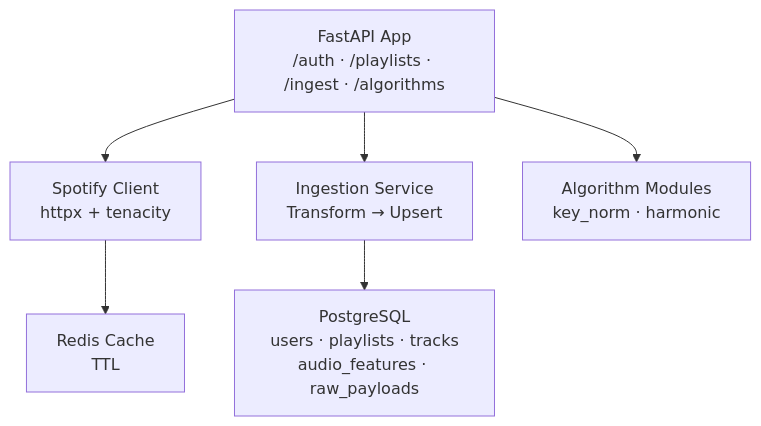
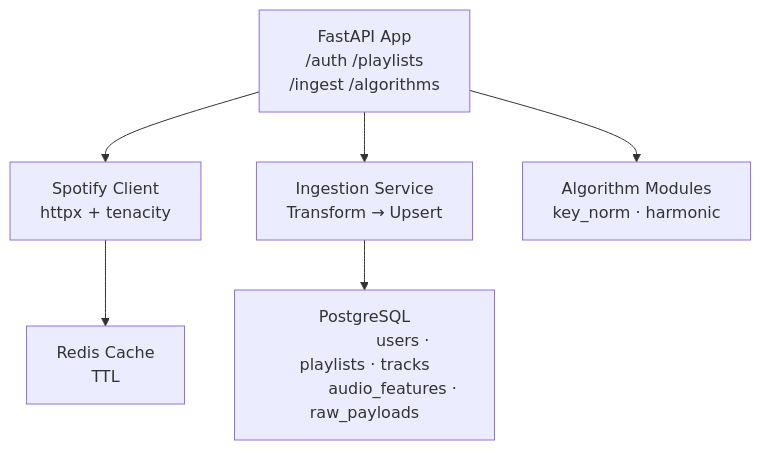
The diagram in README.md (Seffffff/tunescope), drawn with Mermaid before and after one commit. The commit also changed other lines of this file, not shown here.

````diff
--- a/README.md
+++ b/README.md
@@ -9,11 +9,19 @@
 ```mermaid
 flowchart TD
-    App["FastAPI App\n/auth · /playlists · /ingest · /algorithms"]
+    App["FastAPI App
+        /auth  /playlists
+        /ingest  /algorithms"]
 
-    App --> SC["Spotify Client\nhttpx + tenacity"]
-    App --> IS["Ingestion Service\nTransform → Upsert"]
-    App --> AM["Algorithm Modules\nkey_norm · harmonic"]
+    App --> SC["Spotify Client 
+                httpx + tenacity"]
+    App --> IS["Ingestion Service 
+                Transform → Upsert"]
+    App --> AM["Algorithm Modules 
+                key_norm · harmonic"]
 
-    SC --> Redis["Redis Cache\nTTL"]
-    IS --> PG["PostgreSQL\nusers · playlists · tracks\naudio_features · raw_payloads"]
+    SC --> Redis["Redis Cache
+                    TTL"]
+    IS --> PG["PostgreSQL
+                users · playlists · tracks
+            audio_features · raw_payloads"]
 ```
````
